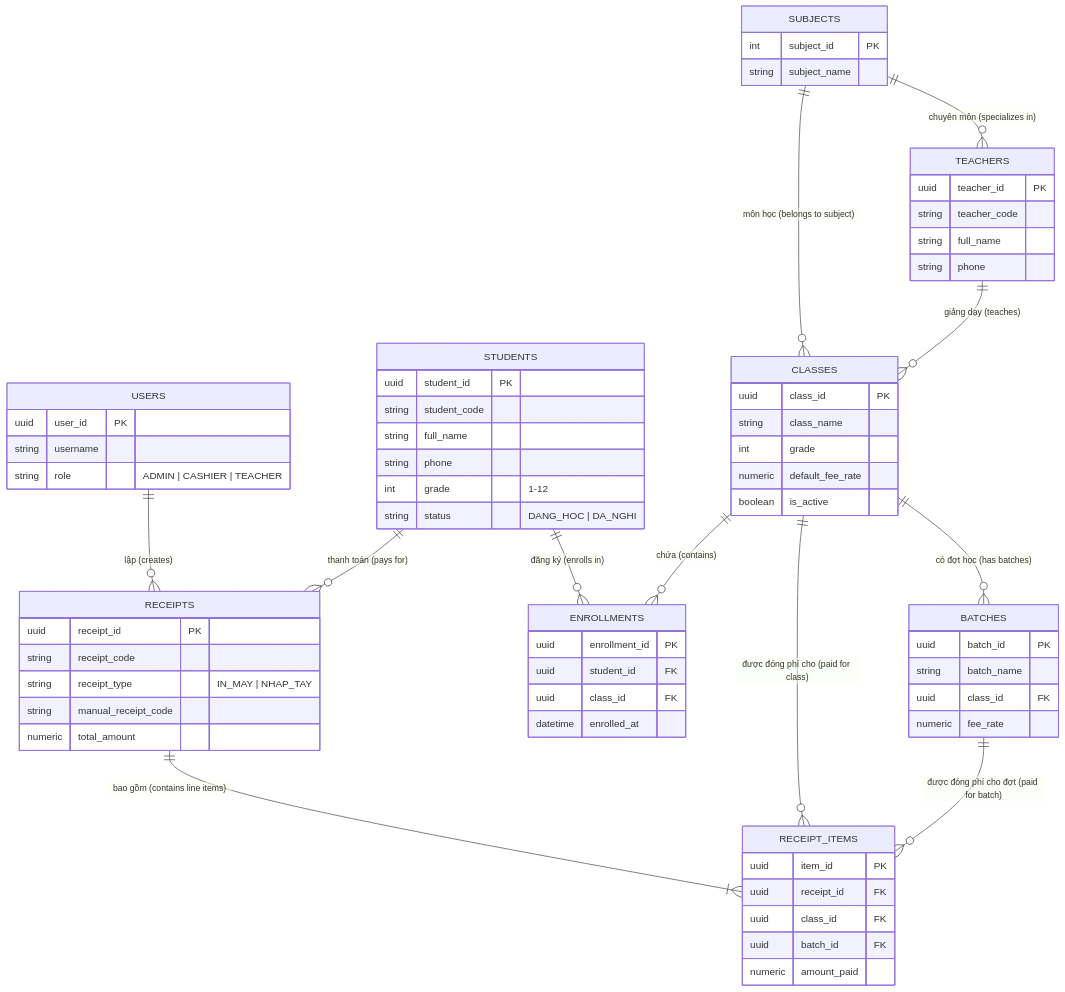
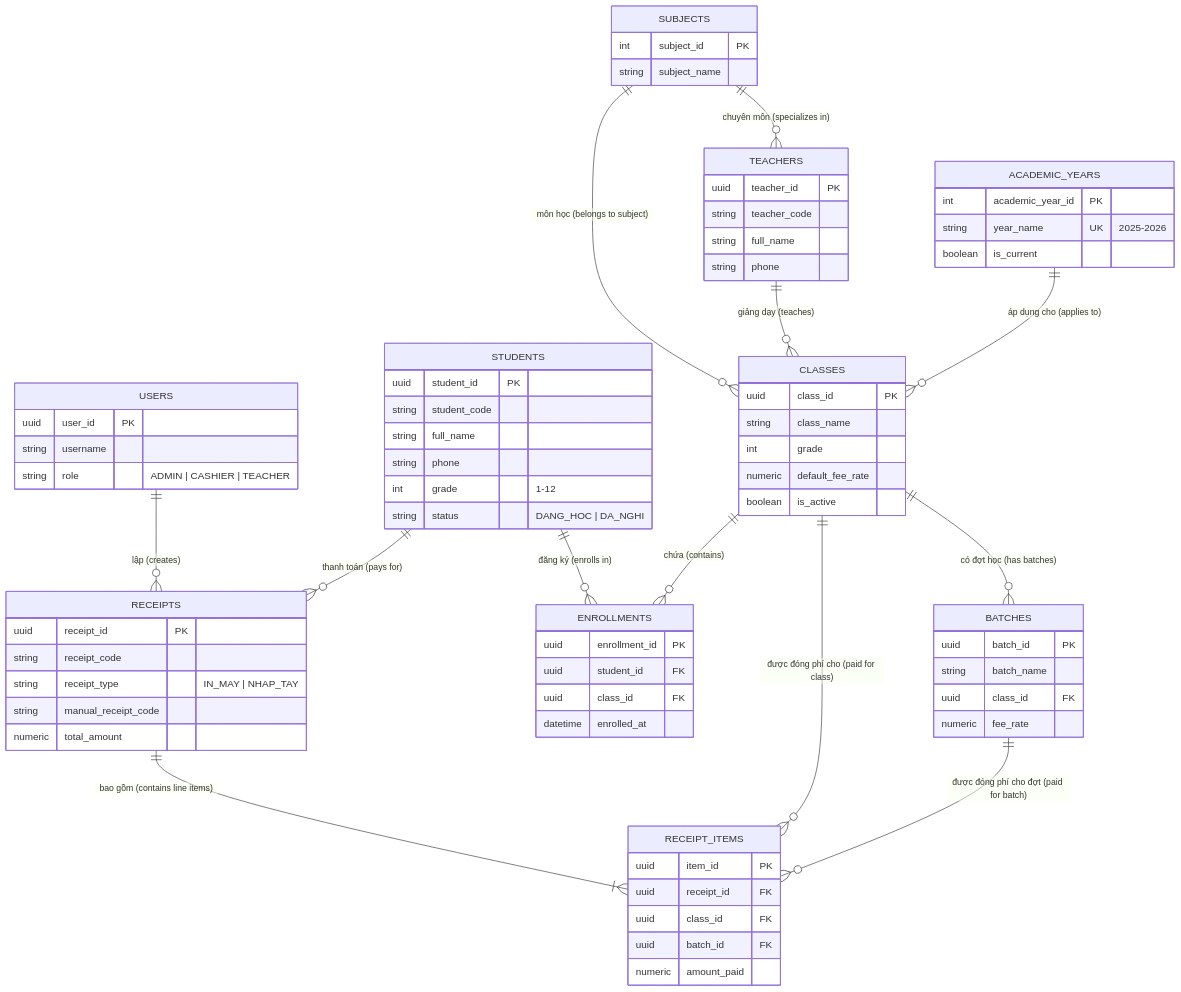
Before and after one commit to edamleanh/quanligrow: the diagram in docs/erd_design.md, drawn with Mermaid. The commit also changed other lines of this file and 7 other files, not shown here.

Commit message:
feat: complete Academic Year database schema & UI integration

```diff
--- a/docs/erd_design.md
+++ b/docs/erd_design.md
@@ -128,6 +139,7 @@
     SUBJECTS ||--o{ TEACHERS : "chuyên môn (specializes in)"
     SUBJECTS ||--o{ CLASSES : "môn học (belongs to subject)"
     TEACHERS ||--o{ CLASSES : "giảng dạy (teaches)"
+    ACADEMIC_YEARS ||--o{ CLASSES : "áp dụng cho (applies to)"
     
     STUDENTS ||--o{ ENROLLMENTS : "đăng ký (enrolls in)"
     CLASSES ||--o{ ENROLLMENTS : "chứa (contains)"
@@ -138,6 +150,12 @@
     RECEIPTS ||--|{ RECEIPT_ITEMS : "bao gồm (contains line items)"
     CLASSES ||--o{ RECEIPT_ITEMS : "được đóng phí cho (paid for class)"
     BATCHES ||--o{ RECEIPT_ITEMS : "được đóng phí cho đợt (paid for batch)"
+
+    ACADEMIC_YEARS {
+        int academic_year_id PK
+        string year_name UK "2025-2026"
+        boolean is_current
+    }
 
     USERS {
         uuid user_id PK
```
